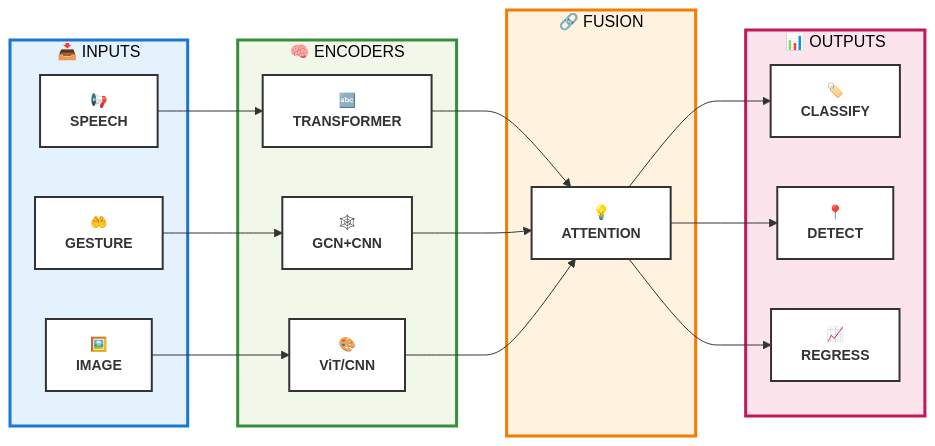
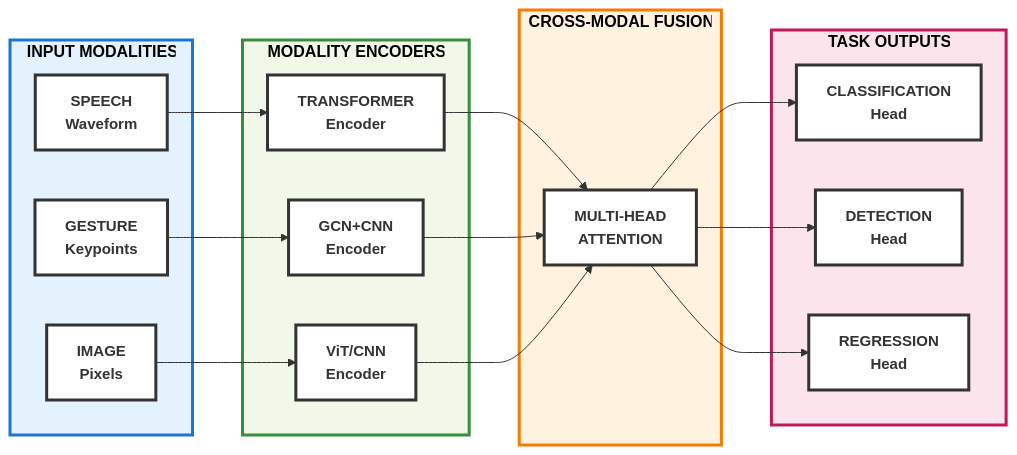
One commit to Nathanielneil/TriModalFusion changed the second of 2 diagrams in README.md. Above: the diagram before and after it, drawn with Mermaid. The commit also changed other lines of this file, not shown here.

First line of the commit message:
Remove emojis and enhance text formatting in diagrams

````diff
--- a/README.md
+++ b/README.md
@@ -164,44 +164,44 @@
 ```mermaid
 flowchart LR
-    subgraph INPUTS ["📥 INPUTS"]
-        A["📢<br/>SPEECH"]
-        B["🤲<br/>GESTURE"]
-        C["🖼️<br/>IMAGE"]
+    subgraph INPUTS ["INPUT MODALITIES"]
+        A["SPEECH<br/>Waveform"]
+        B["GESTURE<br/>Keypoints"]
+        C["IMAGE<br/>Pixels"]
     end
     
-    subgraph ENCODERS ["🧠 ENCODERS"]
-        D["🔤<br/>TRANSFORMER"]
-        E["🕸️<br/>GCN+CNN"]
-        F["🎨<br/>ViT/CNN"]
+    subgraph ENCODERS ["MODALITY ENCODERS"]
+        D["TRANSFORMER<br/>Encoder"]
+        E["GCN+CNN<br/>Encoder"]
+        F["ViT/CNN<br/>Encoder"]
     end
     
-    subgraph FUSION ["🔗 FUSION"]
-        G["💡<br/>ATTENTION"]
+    subgraph FUSION ["CROSS-MODAL FUSION"]
+        G["MULTI-HEAD<br/>ATTENTION"]
     end
     
-    subgraph OUTPUTS ["📊 OUTPUTS"]
-        H["🏷️<br/>CLASSIFY"]
-        I["📍<br/>DETECT"]
-        J["📈<br/>REGRESS"]
+    subgraph OUTPUTS ["TASK OUTPUTS"]
+        H["CLASSIFICATION<br/>Head"]
+        I["DETECTION<br/>Head"]
+        J["REGRESSION<br/>Head"]
     end
     
     A --> D
     B --> E
     C --> F
     
     D --> G
     E --> G
     F --> G
     
     G --> H
     G --> I
     G --> J
     
-    style INPUTS fill:#e3f2fd,stroke:#1976d2,stroke-width:3px,color:#000,font-size:16px
-    style ENCODERS fill:#f1f8e9,stroke:#388e3c,stroke-width:3px,color:#000,font-size:16px
-    style FUSION fill:#fff3e0,stroke:#f57c00,stroke-width:3px,color:#000,font-size:16px
-    style OUTPUTS fill:#fce4ec,stroke:#c2185b,stroke-width:3px,color:#000,font-size:16px
+    style INPUTS fill:#e3f2fd,stroke:#1976d2,stroke-width:3px,color:#000,font-size:16px,font-weight:bold
+    style ENCODERS fill:#f1f8e9,stroke:#388e3c,stroke-width:3px,color:#000,font-size:16px,font-weight:bold
+    style FUSION fill:#fff3e0,stroke:#f57c00,stroke-width:3px,color:#000,font-size:16px,font-weight:bold
+    style OUTPUTS fill:#fce4ec,stroke:#c2185b,stroke-width:3px,color:#000,font-size:16px,font-weight:bold
     
-    classDef nodeStyle fill:#ffffff,stroke:#333,stroke-width:2px,font-size:14px,font-weight:bold
+    classDef nodeStyle fill:#ffffff,stroke:#333,stroke-width:3px,font-size:15px,font-weight:bold
     class A,B,C,D,E,F,G,H,I,J nodeStyle
 ```
````
